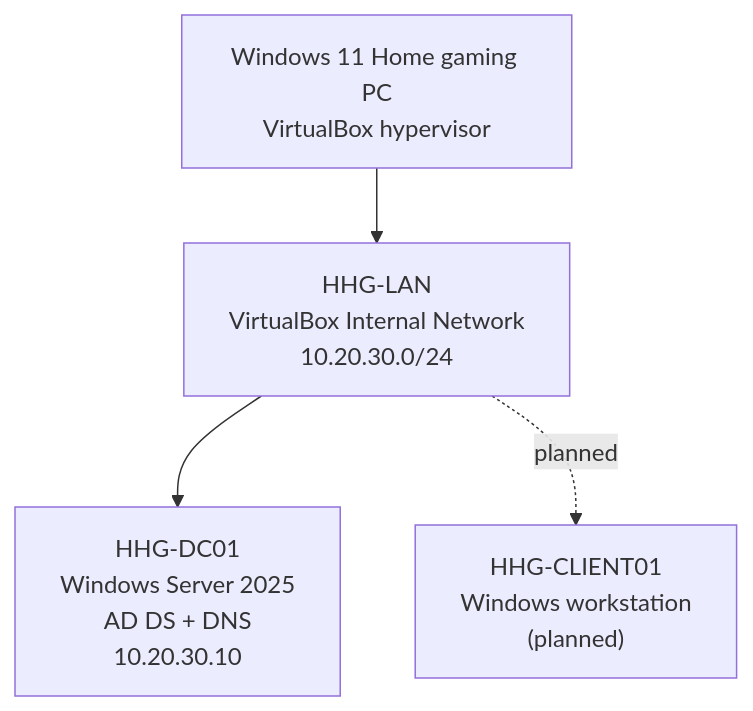
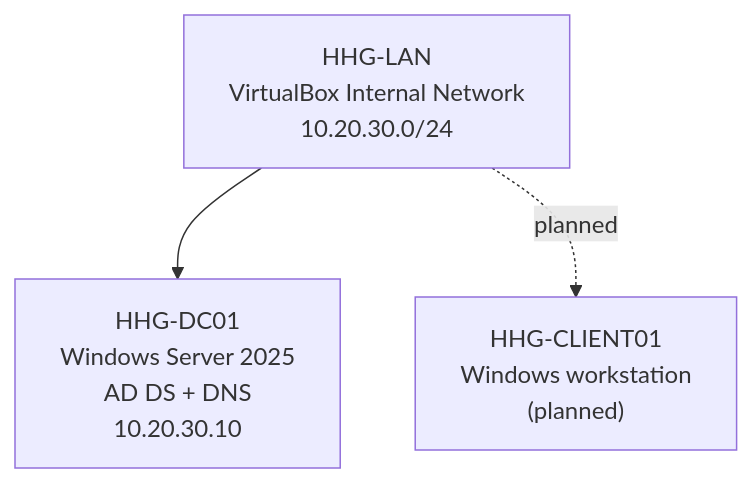
Before and after one commit to ASTRA1337/Horizon-Health-Group---Enterprise-IT-Homelab: the diagram in README.md, drawn with Mermaid. The commit also changed other lines of this file, not shown here.

Commit message:
docs: scope portfolio exclusively to virtual enterprise homelab

````diff
--- a/README.md
+++ b/README.md
@@ -13,10 +13,8 @@
 ```mermaid
 flowchart TB
-    HOST["Windows 11 Home gaming PC<br/>VirtualBox hypervisor"]
     LAN["HHG-LAN<br/>VirtualBox Internal Network<br/>10.20.30.0/24"]
     DC["HHG-DC01<br/>Windows Server 2025<br/>AD DS + DNS<br/>10.20.30.10"]
     CLIENT["HHG-CLIENT01<br/>Windows workstation<br/>(planned)"]
-    HOST --> LAN
     LAN --> DC
     LAN -. "planned" .-> CLIENT
 ```
````
